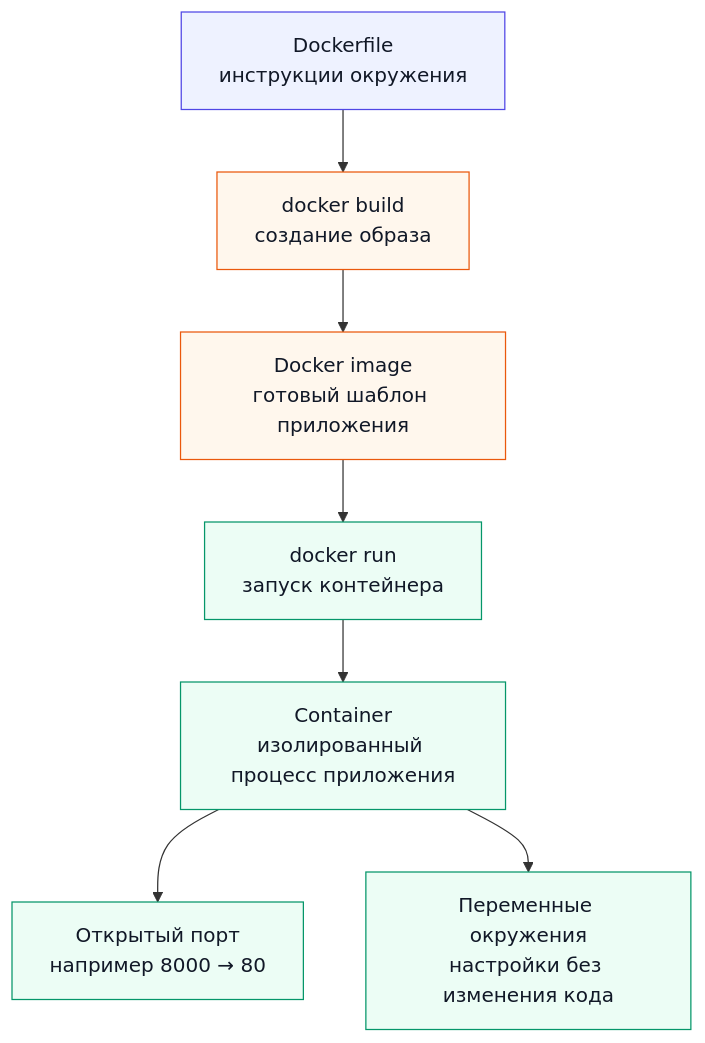
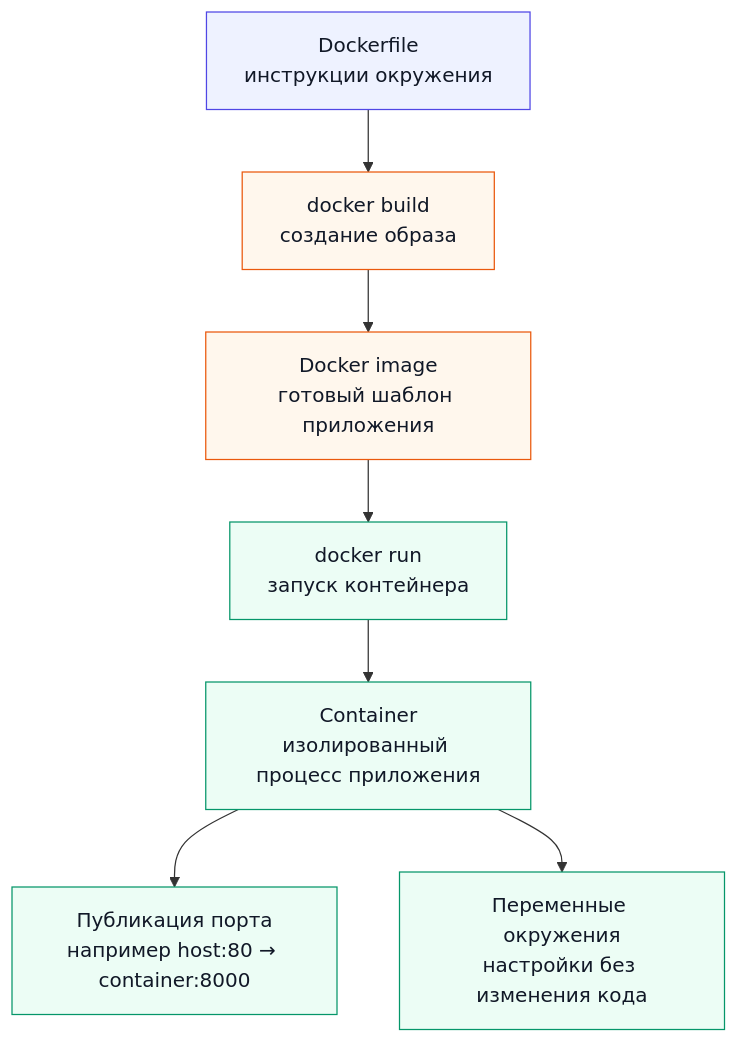
One commit to Mohanad0101/NetworSystemsQuestions changed diagram 31 of 32 in README.md. Above: the diagram before and after it, drawn with Mermaid. The commit also changed other lines of this file and 1 other file, not shown here.

````diff
--- a/README.md
+++ b/README.md
@@ -4404,16 +2475,16 @@
 ```mermaid
 flowchart TB
     D["Dockerfile<br/>инструкции окружения"] --> B["docker build<br/>создание образа"]
     B --> I["Docker image<br/>готовый шаблон приложения"]
     I --> R["docker run<br/>запуск контейнера"]
     R --> C["Container<br/>изолированный процесс приложения"]
-    C --> P["Открытый порт<br/>например 8000 → 80"]
+    C --> P["Публикация порта<br/>например host:80 → container:8000"]
     C --> E["Переменные окружения<br/>настройки без изменения кода"]
 
     classDef file fill:#eef2ff,stroke:#4f46e5,color:#111827;
     classDef build fill:#fff7ed,stroke:#ea580c,color:#111827;
     classDef run fill:#ecfdf5,stroke:#059669,color:#111827;
     class D file;
     class B,I build;
     class R,C,P,E run;
 ```
````
